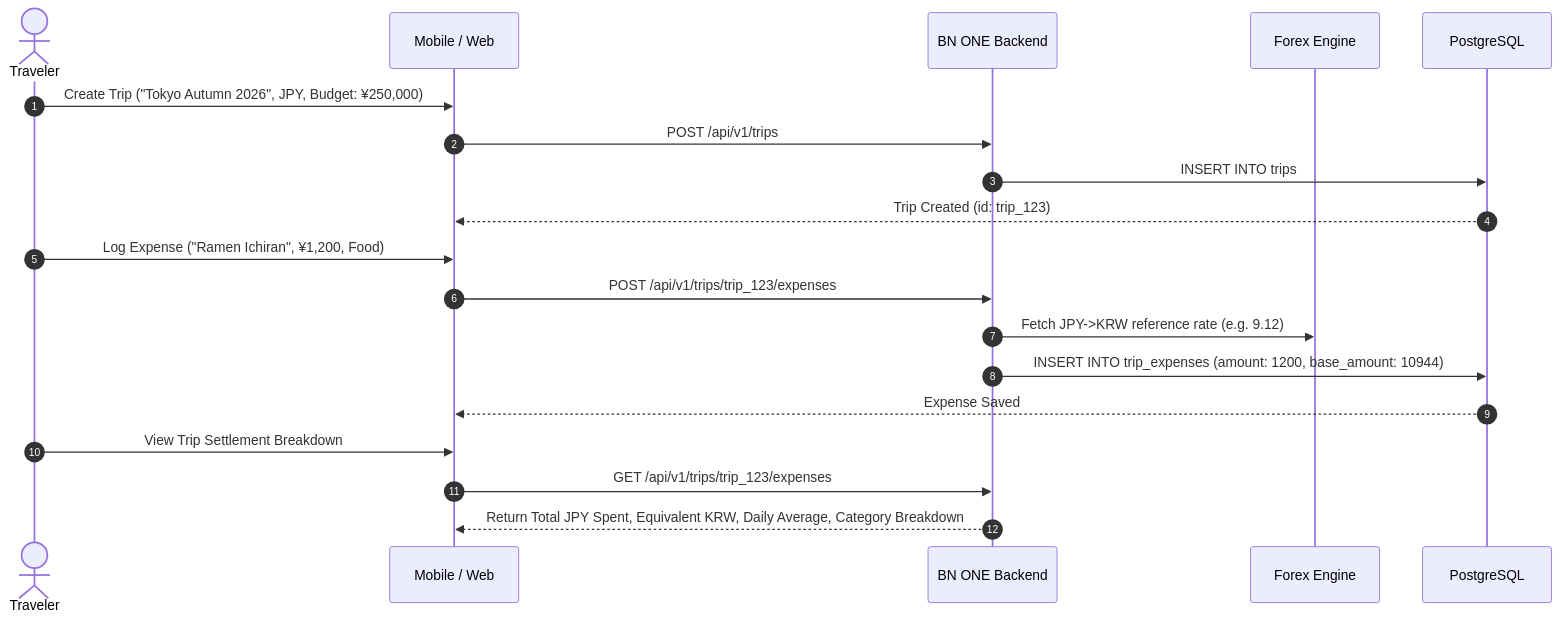
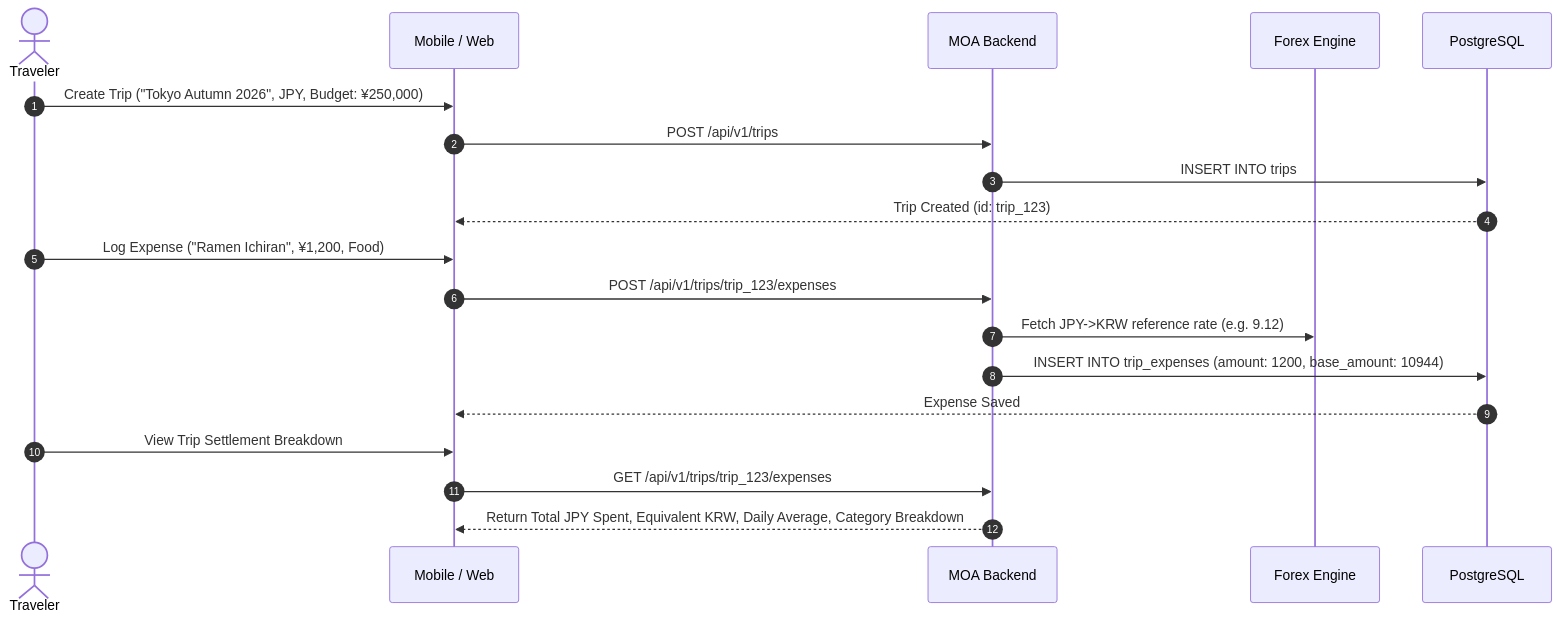
Before and after one commit to dnjstjq0824-byte/bnone: the diagram in docs/18_TRAVEL_EXPENSE_SYSTEM.md, drawn with Mermaid. The commit also changed other lines of this file and 154 other files, not shown here.

````diff
--- a/docs/18_TRAVEL_EXPENSE_SYSTEM.md
+++ b/docs/18_TRAVEL_EXPENSE_SYSTEM.md
@@ -19,24 +19,24 @@
 ```mermaid
 sequenceDiagram
     autonumber
     actor User as Traveler
     participant App as Mobile / Web
-    participant API as BN ONE Backend
+    participant API as MOA Backend
     participant FX as Forex Engine
     participant DB as PostgreSQL
 
     User->>App: Create Trip ("Tokyo Autumn 2026", JPY, Budget: ¥250,000)
     App->>API: POST /api/v1/trips
     API->>DB: INSERT INTO trips
     DB-->>App: Trip Created (id: trip_123)
 
     User->>App: Log Expense ("Ramen Ichiran", ¥1,200, Food)
     App->>API: POST /api/v1/trips/trip_123/expenses
     API->>FX: Fetch JPY->KRW reference rate (e.g. 9.12)
     API->>DB: INSERT INTO trip_expenses (amount: 1200, base_amount: 10944)
     DB-->>App: Expense Saved
 
     User->>App: View Trip Settlement Breakdown
     App->>API: GET /api/v1/trips/trip_123/expenses
     API-->>App: Return Total JPY Spent, Equivalent KRW, Daily Average, Category Breakdown
 ```
````
